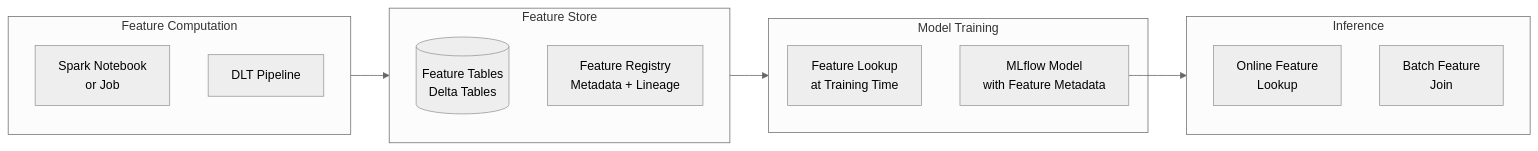
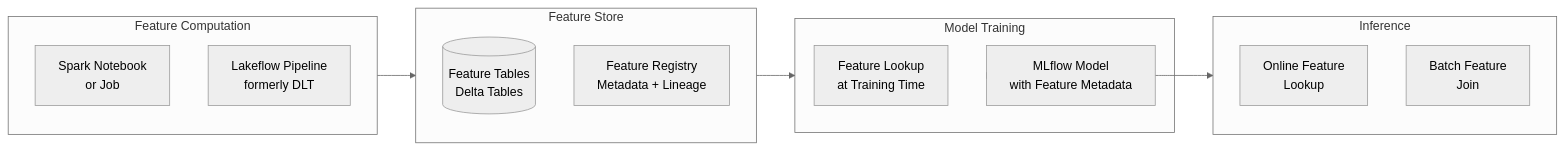
Before and after one commit to kengio/databricks-certification-study-guide: the second of 2 diagrams in shared/fundamentals/feature-engineering-basics.md, drawn with Mermaid (neutral theme). The commit also changed 55 other files, not shown here.

````diff
--- a/shared/fundamentals/feature-engineering-basics.md
+++ b/shared/fundamentals/feature-engineering-basics.md
@@ -239,27 +239,27 @@
 ```mermaid
 flowchart LR
     subgraph Compute["Feature Computation"]
         Notebook[Spark Notebook<br>or Job]
-        DLT[DLT Pipeline]
+        DLT[Lakeflow Pipeline<br>formerly DLT]
     end
 
     subgraph Store["Feature Store"]
         FS[(Feature Tables<br>Delta Tables)]
         Registry[Feature Registry<br>Metadata + Lineage]
     end
 
     subgraph Training["Model Training"]
         Lookup[Feature Lookup<br>at Training Time]
         MLflow[MLflow Model<br>with Feature Metadata]
     end
 
     subgraph Serving["Inference"]
         Online[Online Feature<br>Lookup]
         Batch[Batch Feature<br>Join]
     end
 
     Compute --> Store
     Store --> Training
     Training --> MLflow
     MLflow --> Serving
 ```
````
